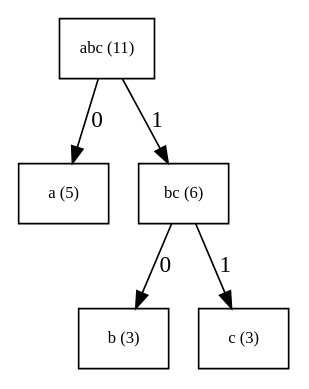
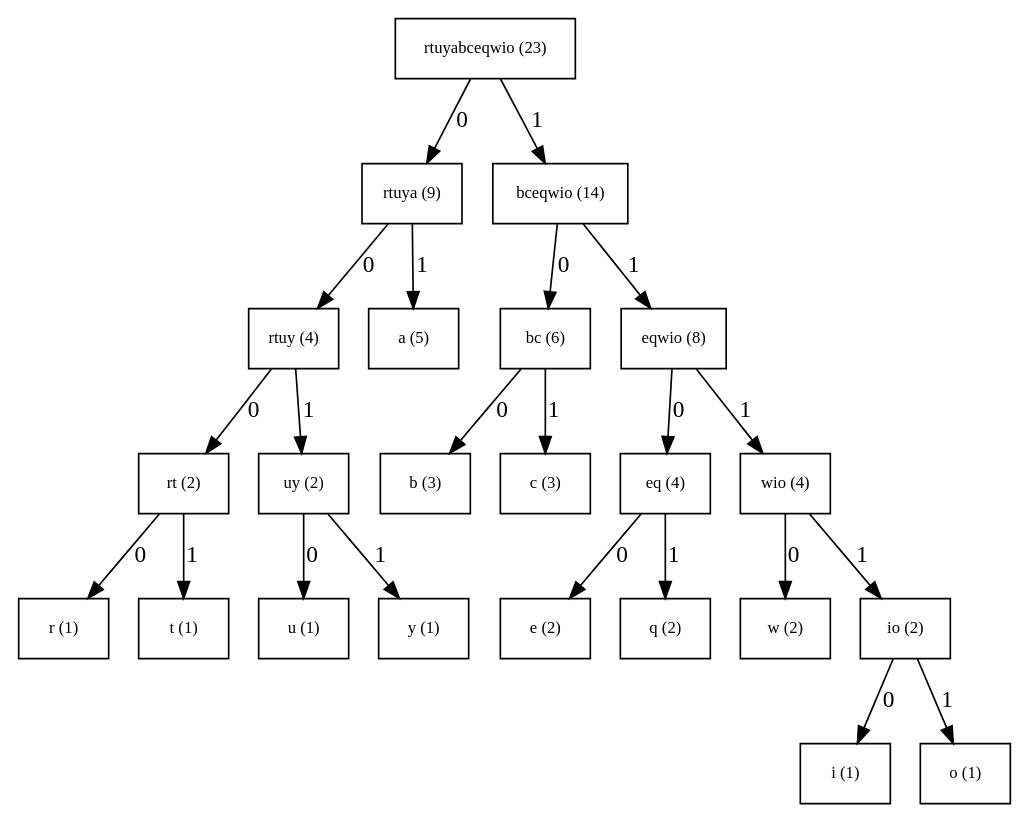
The diagram in 8/dotGen+Code/tree.dot (a0mmi/urfu_scripts), drawn with Graphviz before and after one commit. The commit also changed 10 other files, not shown here.

```diff
--- a/8/dotGen+Code/tree.dot
+++ b/8/dotGen+Code/tree.dot
@@ -1,12 +1,48 @@
 digraph Huffman {
   node [shape=box,fontsize=10];
-  n0 [label="abc (11)"];
-  n1 [label="a (5)"];
-  n2 [label="bc (6)"];
-  n3 [label="b (3)"];
-  n4 [label="c (3)"];
+  n0 [label="rtuyabceqwio (23)"];
+  n1 [label="rtuya (9)"];
+  n2 [label="rtuy (4)"];
+  n3 [label="rt (2)"];
+  n4 [label="r (1)"];
+  n5 [label="t (1)"];
+  n6 [label="uy (2)"];
+  n7 [label="u (1)"];
+  n8 [label="y (1)"];
+  n9 [label="a (5)"];
+  n10 [label="bceqwio (14)"];
+  n11 [label="bc (6)"];
+  n12 [label="b (3)"];
+  n13 [label="c (3)"];
+  n14 [label="eqwio (8)"];
+  n15 [label="eq (4)"];
+  n16 [label="e (2)"];
+  n17 [label="q (2)"];
+  n18 [label="wio (4)"];
+  n19 [label="w (2)"];
+  n20 [label="io (2)"];
+  n21 [label="i (1)"];
+  n22 [label="o (1)"];
   n0 -> n1 [label="0"];
-  n0 -> n2 [label="1"];
+  n1 -> n2 [label="0"];
   n2 -> n3 [label="0"];
-  n2 -> n4 [label="1"];
+  n3 -> n4 [label="0"];
+  n3 -> n5 [label="1"];
+  n2 -> n6 [label="1"];
+  n6 -> n7 [label="0"];
+  n6 -> n8 [label="1"];
+  n1 -> n9 [label="1"];
+  n0 -> n10 [label="1"];
+  n10 -> n11 [label="0"];
+  n11 -> n12 [label="0"];
+  n11 -> n13 [label="1"];
+  n10 -> n14 [label="1"];
+  n14 -> n15 [label="0"];
+  n15 -> n16 [label="0"];
+  n15 -> n17 [label="1"];
+  n14 -> n18 [label="1"];
+  n18 -> n19 [label="0"];
+  n18 -> n20 [label="1"];
+  n20 -> n21 [label="0"];
+  n20 -> n22 [label="1"];
 }
```
